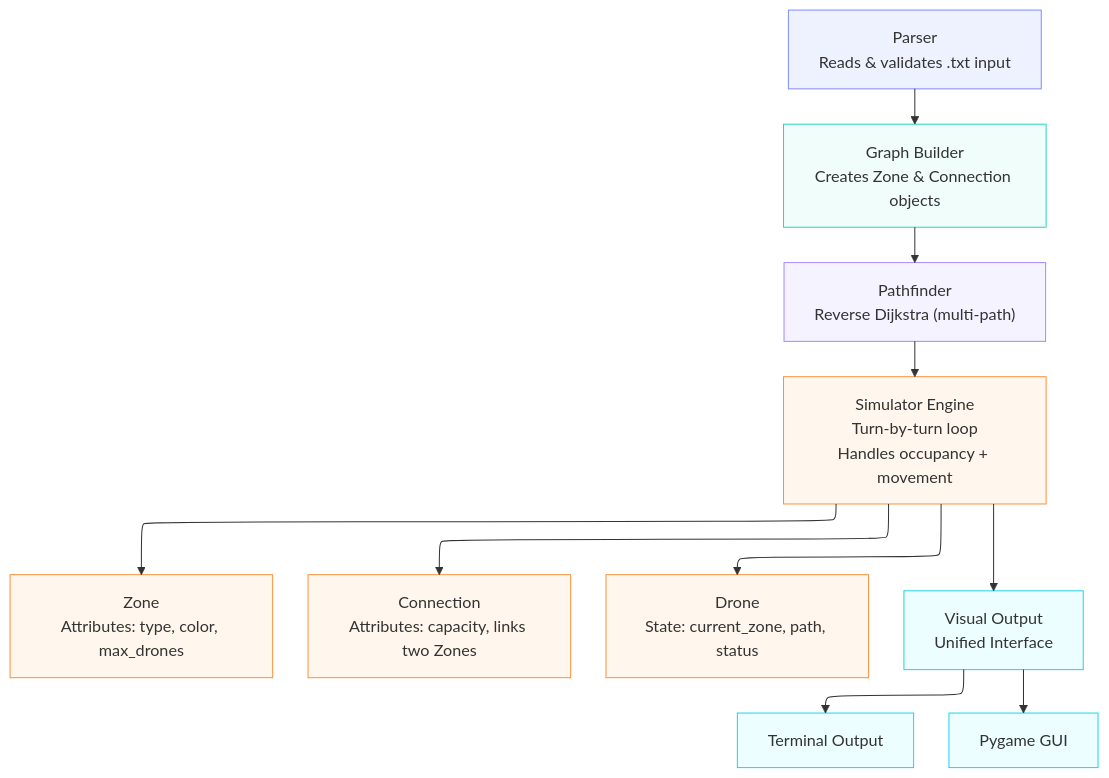
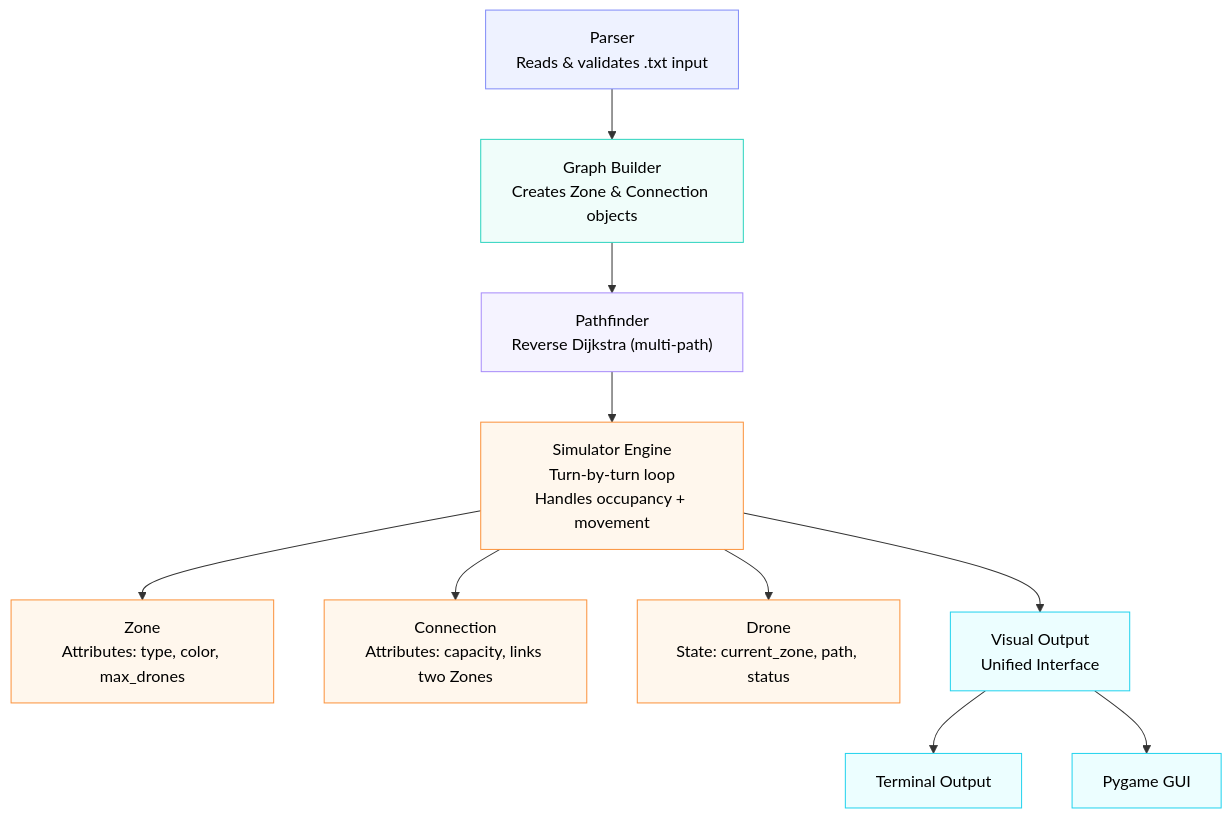
The diagram in README.md (salah-koulal/42-fly-in), drawn with Mermaid before and after one commit.

Commit message:
added mermaid graph

````diff
--- a/README.md
+++ b/README.md
@@ -18,47 +18,43 @@
 ```mermaid
----
-config:
-  layout: elk
----
 flowchart TD
     %% Core System
     Parser["Parser<br/>Reads & validates .txt input"]
     Graph["Graph Builder<br/>Creates Zone & Connection objects"]
     Pathfinder["Pathfinder<br/>Reverse Dijkstra (multi-path)"]
     Simulator["Simulator Engine<br/>Turn-by-turn loop<br/>Handles occupancy + movement"]
     
     %% Classes managed by Simulator
     Zone["Zone<br/>Attributes: type, color, max_drones"]
     Connection["Connection<br/>Attributes: capacity, links two Zones"]
     Drone["Drone<br/>State: current_zone, path, status"]
     
     %% Visualization options
     Visual["Visual Output<br/>Unified Interface"]
     TermViz["Terminal Output"]
     GuiViz["Pygame GUI"]
     
     %% Flow
     Parser --> Graph
     Graph --> Pathfinder
     Pathfinder --> Simulator
     Simulator --> Zone
     Simulator --> Connection
     Simulator --> Drone
     Simulator --> Visual
     Visual --> TermViz
     Visual --> GuiViz
     
-    %% Styling
-    classDef parseStyle stroke:#818cf8,fill:#eef2ff
-    classDef graphStyle stroke:#2dd4bf,fill:#f0fdfa
-    classDef pathStyle stroke:#a78bfa,fill:#f5f3ff
-    classDef simStyle stroke:#fb923c,fill:#fff7ed
-    classDef vizStyle stroke:#22d3ee,fill:#ecfeff
+    %% Styling (black text added)
+    classDef parseStyle stroke:#818cf8,fill:#eef2ff,color:#000
+    classDef graphStyle stroke:#2dd4bf,fill:#f0fdfa,color:#000
+    classDef pathStyle stroke:#a78bfa,fill:#f5f3ff,color:#000
+    classDef simStyle stroke:#fb923c,fill:#fff7ed,color:#000
+    classDef vizStyle stroke:#22d3ee,fill:#ecfeff,color:#000
     
     class Parser parseStyle
     class Graph graphStyle
     class Pathfinder pathStyle
     class Simulator,Zone,Connection,Drone simStyle
     class Visual,TermViz,GuiViz vizStyle
 
 ```
````
